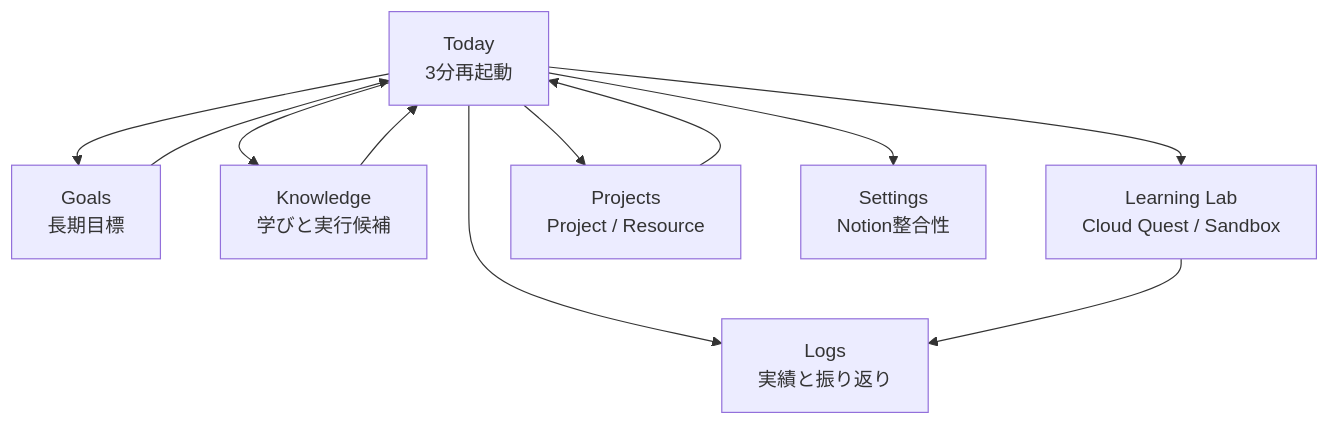
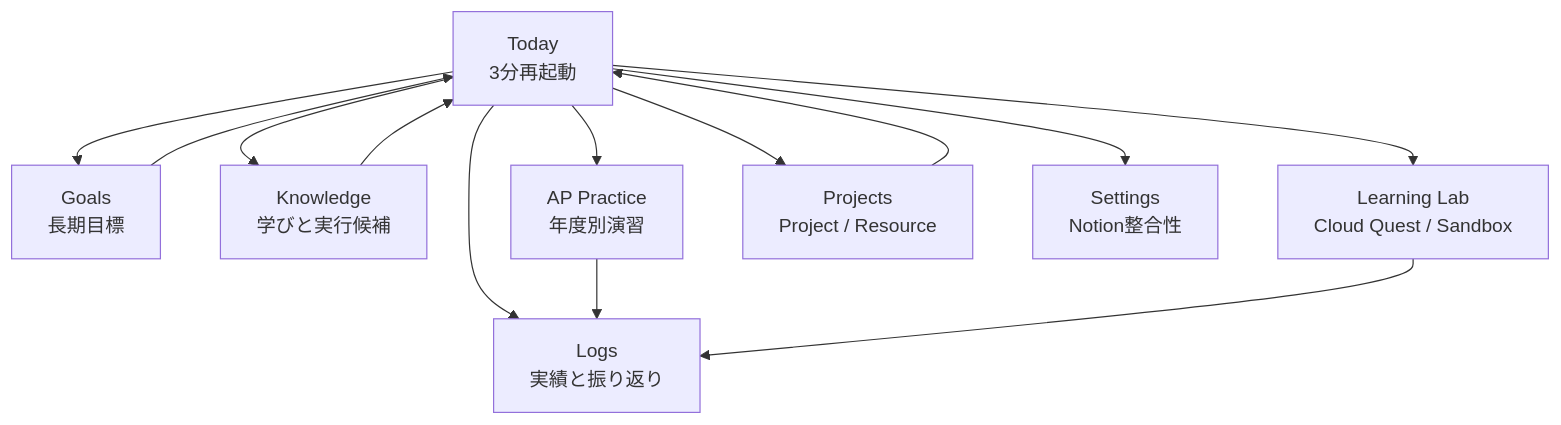
Before and after one commit to kum4san5/gemini_diary: the first of 2 diagrams in .explainApp/screens.md, drawn with Mermaid. The commit also changed other lines of this file and 15 other files, not shown here.

````diff
--- a/.explainApp/screens.md
+++ b/.explainApp/screens.md
@@ -5,13 +5,15 @@
 ```mermaid
 flowchart TD
     Today[Today<br/>3分再起動] --> Goals[Goals<br/>長期目標]
     Today --> Knowledge[Knowledge<br/>学びと実行候補]
     Today --> Logs[Logs<br/>実績と振り返り]
+    Today --> AP[AP Practice<br/>年度別演習]
     Today --> Lab[Learning Lab<br/>Cloud Quest / Sandbox]
     Today --> Projects[Projects<br/>Project / Resource]
     Today --> Settings[Settings<br/>Notion整合性]
+    AP --> Logs
     Lab --> Logs
     Goals --> Today
     Knowledge --> Today
     Projects --> Today
 ```
````
